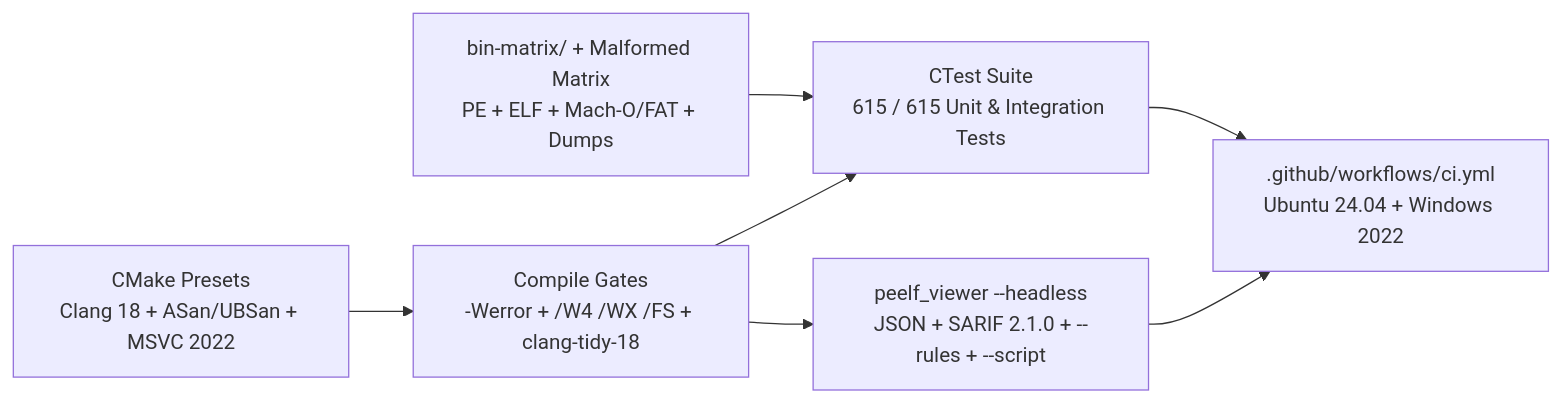
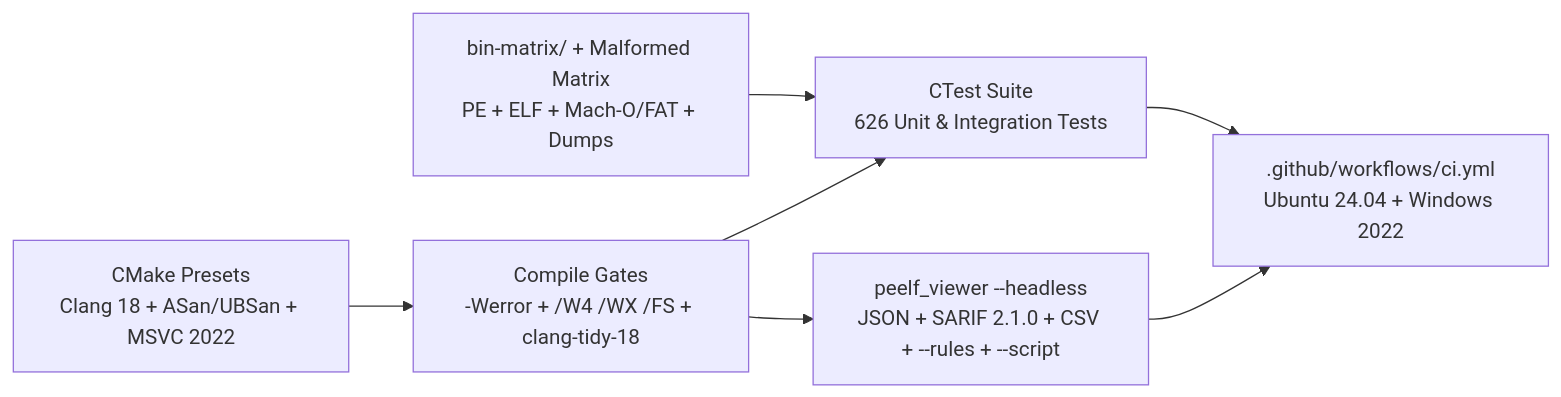
One commit to wsollers/exe_viewer changed the seventh of 7 diagrams in docs/ARCHITECTURE.md. Above: the diagram before and after it, drawn with Mermaid. The commit also changed other lines of this file and 24 other files, not shown here.

````diff
--- a/docs/ARCHITECTURE.md
+++ b/docs/ARCHITECTURE.md
@@ -242,16 +242,16 @@
 ```mermaid
 flowchart LR
     matrix["bin-matrix/ + Malformed Matrix<br/>PE + ELF + Mach-O/FAT + Dumps"]
     presets["CMake Presets<br/>Clang 18 + ASan/UBSan + MSVC 2022"]
     gates["Compile Gates<br/>-Werror + /W4 /WX /FS + clang-tidy-18"]
-    ctest["CTest Suite<br/>615 / 615 Unit & Integration Tests"]
-    headless["peelf_viewer --headless<br/>JSON + SARIF 2.1.0 + --rules + --script"]
+    ctest["CTest Suite<br/>626 Unit & Integration Tests"]
+    headless["peelf_viewer --headless<br/>JSON + SARIF 2.1.0 + CSV + --rules + --script"]
     gha[".github/workflows/ci.yml<br/>Ubuntu 24.04 + Windows 2022"]
 
     matrix --> ctest
     presets --> gates
     gates --> ctest
     gates --> headless
     ctest --> gha
     headless --> gha
 ```
````
